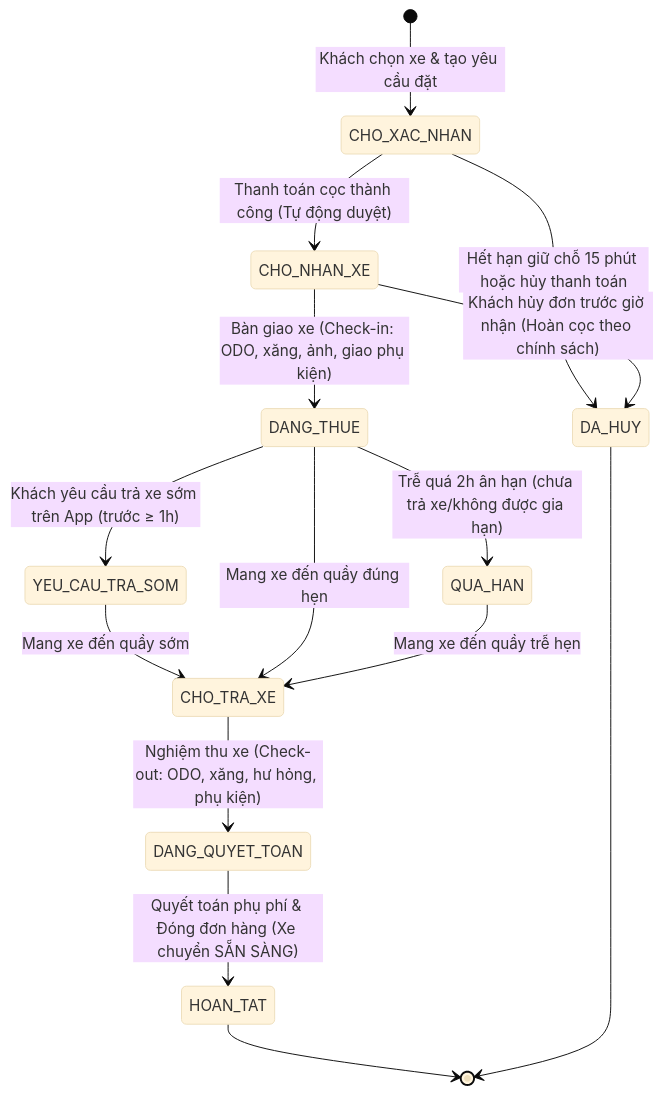
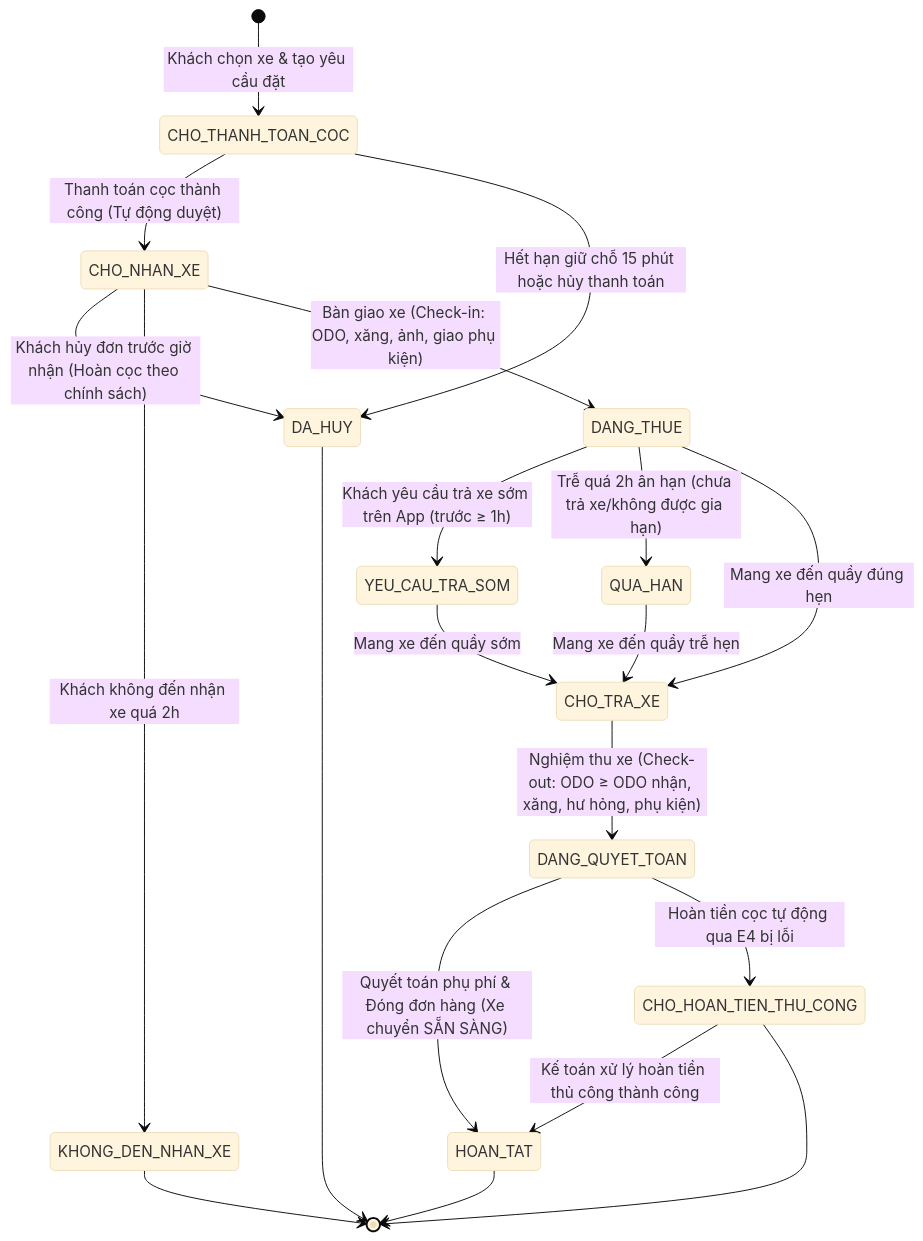
Before and after one commit to Vqd2k6/SAD-UTH: the second of 2 diagrams in docs/srs.md, drawn with Mermaid (base theme). The commit also changed other lines of this file and 29 other files, not shown here.

````diff
--- a/docs/srs.md
+++ b/docs/srs.md
@@ -174,17 +175,22 @@
 ```mermaid
 stateDiagram-v2
-    [*] --> CHO_XAC_NHAN : Khách chọn xe & tạo yêu cầu đặt
-    CHO_XAC_NHAN --> CHO_NHAN_XE : Thanh toán cọc thành công (Tự động duyệt)
-    CHO_XAC_NHAN --> DA_HUY : Hết hạn giữ chỗ 15 phút hoặc hủy thanh toán
+    [*] --> CHO_THANH_TOAN_COC : Khách chọn xe & tạo yêu cầu đặt
+    CHO_THANH_TOAN_COC --> CHO_NHAN_XE : Thanh toán cọc thành công (Tự động duyệt)
+    CHO_THANH_TOAN_COC --> DA_HUY : Hết hạn giữ chỗ 15 phút hoặc hủy thanh toán
     CHO_NHAN_XE --> DA_HUY : Khách hủy đơn trước giờ nhận (Hoàn cọc theo chính sách)
+    CHO_NHAN_XE --> KHONG_DEN_NHAN_XE : Khách không đến nhận xe quá 2h
     CHO_NHAN_XE --> DANG_THUE : Bàn giao xe (Check-in: ODO, xăng, ảnh, giao phụ kiện)
     DANG_THUE --> YEU_CAU_TRA_SOM : Khách yêu cầu trả xe sớm trên App (trước ≥ 1h)
     DANG_THUE --> QUA_HAN : Trễ quá 2h ân hạn (chưa trả xe/không được gia hạn)
     YEU_CAU_TRA_SOM --> CHO_TRA_XE : Mang xe đến quầy sớm
     DANG_THUE --> CHO_TRA_XE : Mang xe đến quầy đúng hẹn
     QUA_HAN --> CHO_TRA_XE : Mang xe đến quầy trễ hẹn
-    CHO_TRA_XE --> DANG_QUYET_TOAN : Nghiệm thu xe (Check-out: ODO, xăng, hư hỏng, phụ kiện)
+    CHO_TRA_XE --> DANG_QUYET_TOAN : Nghiệm thu xe (Check-out: ODO ≥ ODO nhận, xăng, hư hỏng, phụ kiện)
     DANG_QUYET_TOAN --> HOAN_TAT : Quyết toán phụ phí & Đóng đơn hàng (Xe chuyển SẴN SÀNG)
+    DANG_QUYET_TOAN --> CHO_HOAN_TIEN_THU_CONG : Hoàn tiền cọc tự động qua E4 bị lỗi
+    CHO_HOAN_TIEN_THU_CONG --> HOAN_TAT : Kế toán xử lý hoàn tiền thủ công thành công
     HOAN_TAT --> [*]
     DA_HUY --> [*]
+    KHONG_DEN_NHAN_XE --> [*]
+    CHO_HOAN_TIEN_THU_CONG --> [*]
 ```
````
